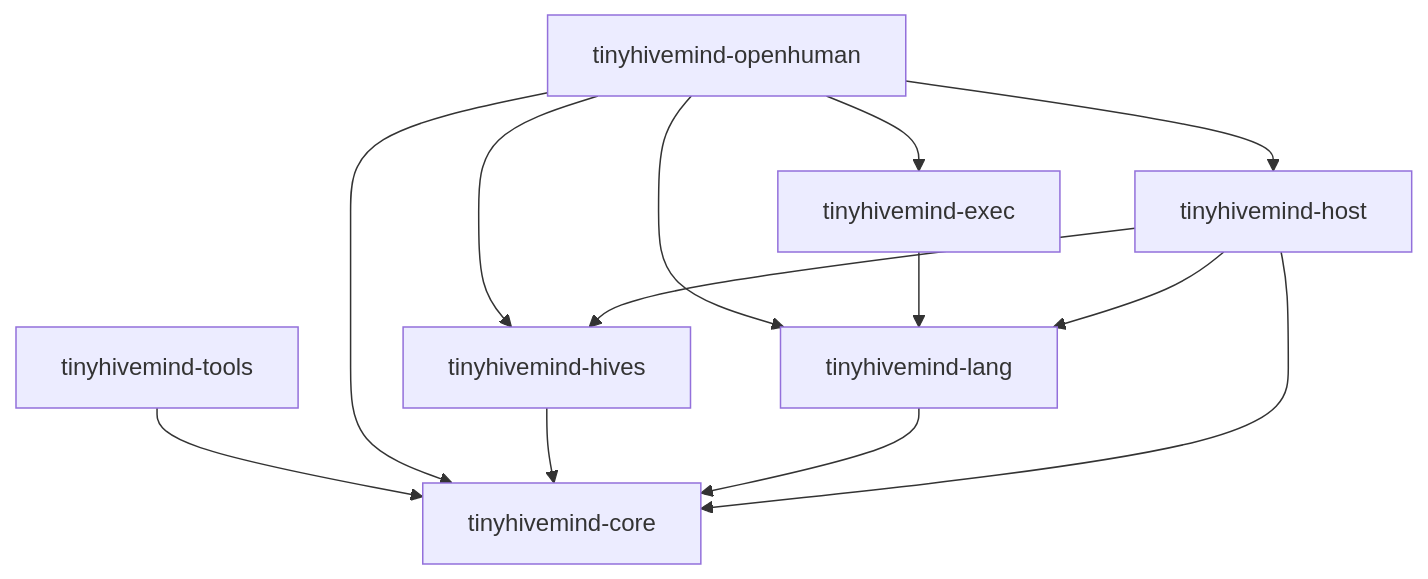
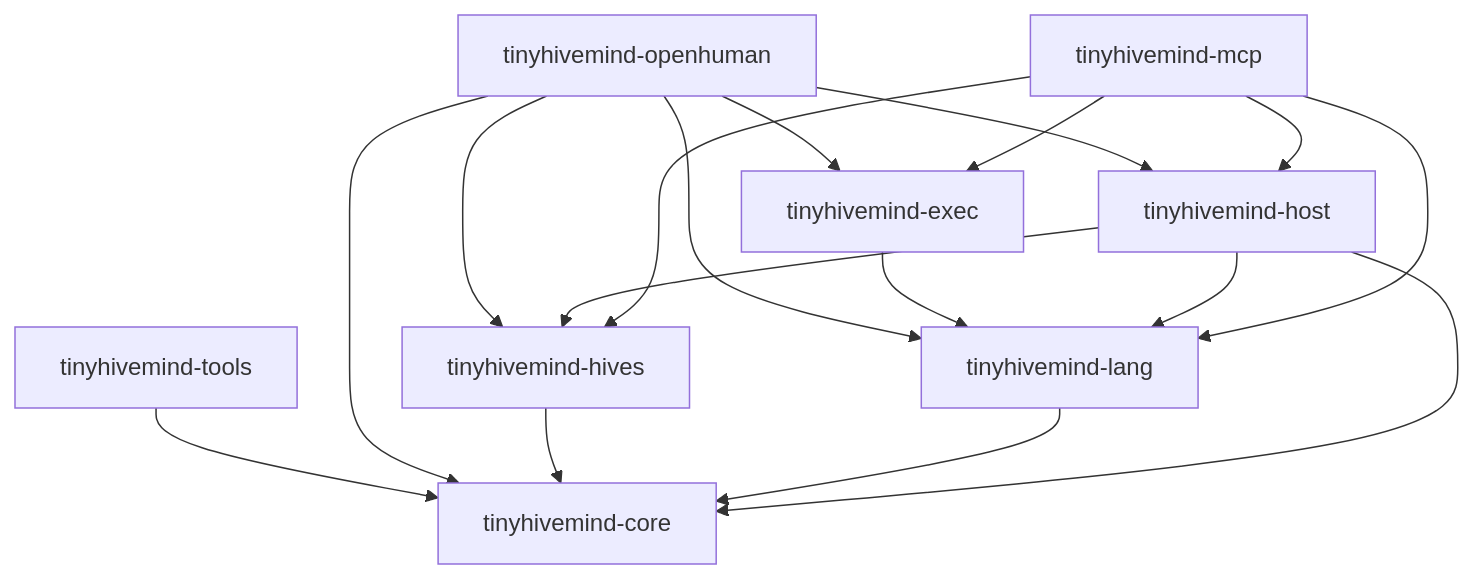
One commit to tinyhumansai/tinyhivemind changed the diagram in docs/crate-dependencies.md. Above: the diagram before and after it, drawn with Mermaid. The commit also changed other lines of this file and 3 other files, not shown here.

````diff
--- a/docs/crate-dependencies.md
+++ b/docs/crate-dependencies.md
@@ -6,15 +6,19 @@
 ```mermaid
 flowchart TD
     tools["tinyhivemind-tools"] --> core["tinyhivemind-core"]
     openhuman["tinyhivemind-openhuman"] --> core
     openhuman --> hives["tinyhivemind-hives"]
     hives --> core
     lang["tinyhivemind-lang"] --> core
     openhuman --> lang
     exec["tinyhivemind-exec"] --> lang
     openhuman --> exec
     host["tinyhivemind-host"] --> core
     host --> hives
     host --> lang
     openhuman --> host
+    mcp["tinyhivemind-mcp"] --> host
+    mcp --> hives
+    mcp --> lang
+    mcp --> exec
 ```
````
